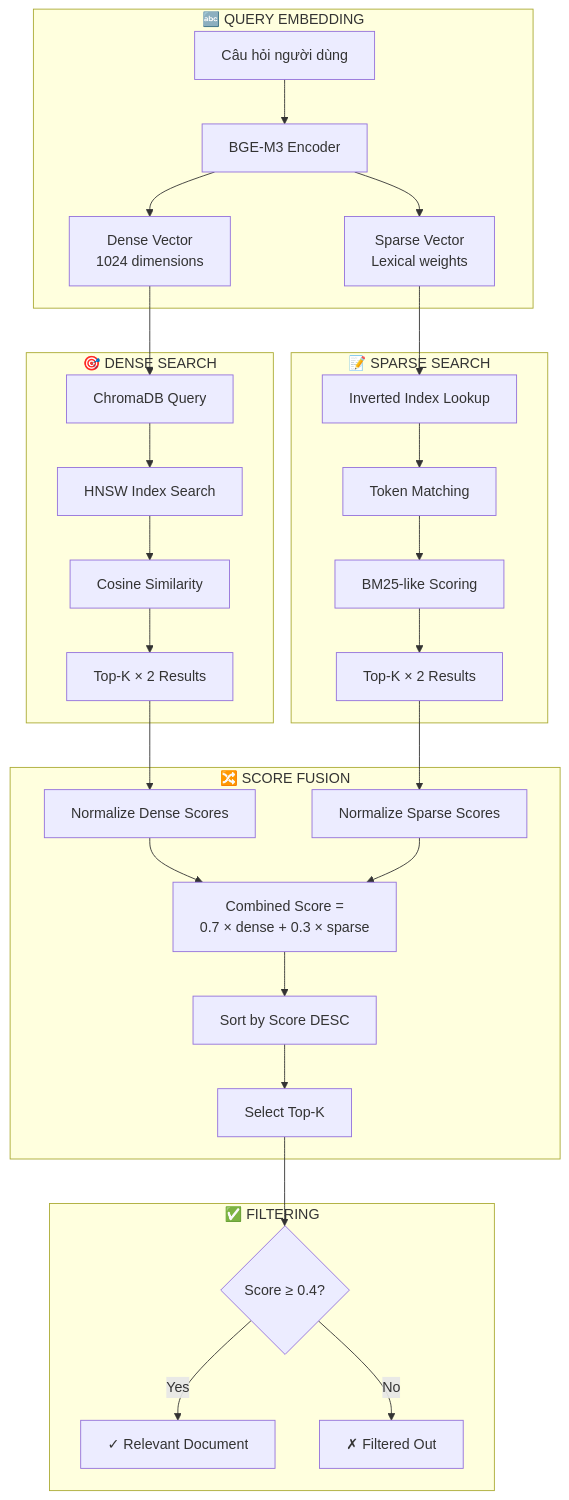
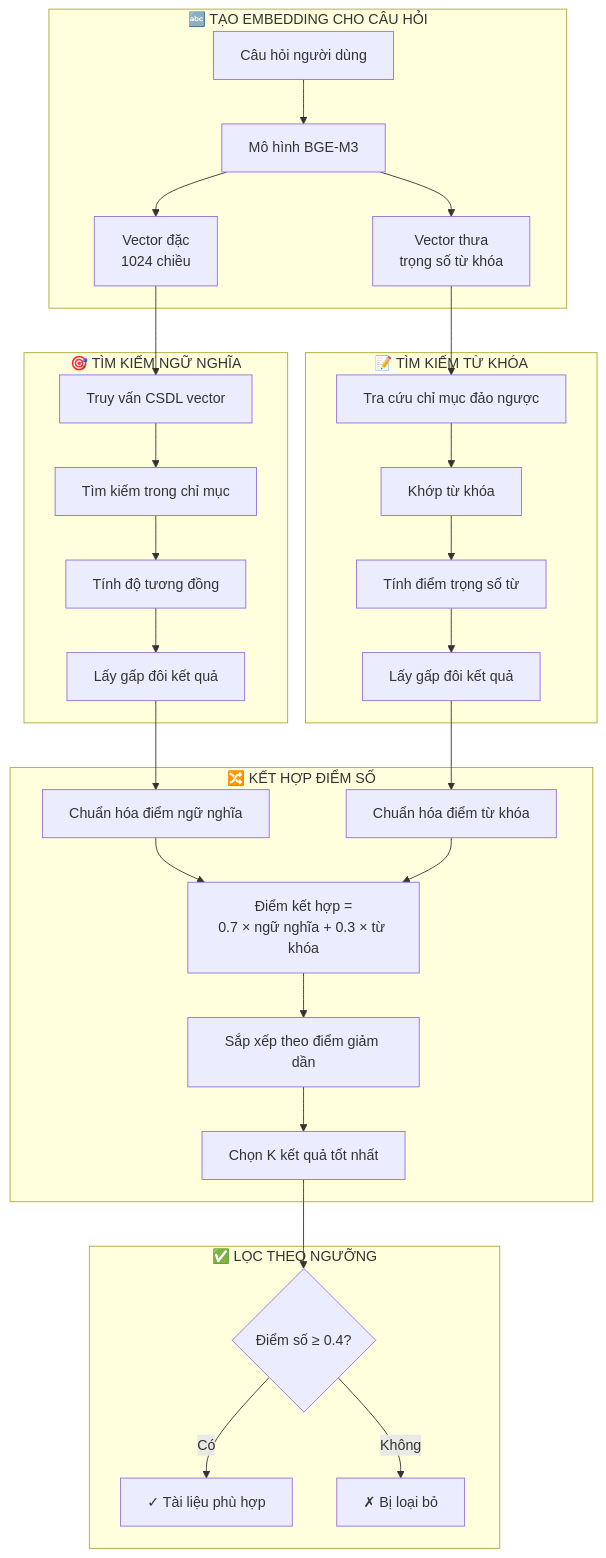
One commit to someone-in-somewhere/rag_prod_final changed the second of 4 diagrams in docs/qa_system_flowchart.md. Above: the diagram before and after it, drawn with Mermaid.

Commit message:
Chuyển thuật ngữ flowchart Retrieval sang tiếng Việt
- Đổi tên các subgraph và node sang tiếng Việt
- Cập nhật: Dense Search → Tìm kiếm ngữ nghĩa
- Cập nhật: Sparse Search → Tìm kiếm từ khóa
- Cập nhật các thuật ngữ kỹ thuật để dễ hiểu hơn

````diff
--- a/docs/qa_system_flowchart.md
+++ b/docs/qa_system_flowchart.md
@@ -170,37 +170,37 @@
 ```mermaid
 flowchart TD
-    subgraph Query["🔤 QUERY EMBEDDING"]
-        A[Câu hỏi người dùng] --> B[BGE-M3 Encoder]
-        B --> C[Dense Vector<br/>1024 dimensions]
-        B --> D[Sparse Vector<br/>Lexical weights]
+    subgraph Query["🔤 TẠO EMBEDDING CHO CÂU HỎI"]
+        A[Câu hỏi người dùng] --> B[Mô hình BGE-M3]
+        B --> C[Vector đặc<br/>1024 chiều]
+        B --> D[Vector thưa<br/>trọng số từ khóa]
     end
 
-    subgraph Dense["🎯 DENSE SEARCH"]
-        C --> E[ChromaDB Query]
-        E --> F[HNSW Index Search]
-        F --> G[Cosine Similarity]
-        G --> H[Top-K × 2 Results]
+    subgraph Dense["🎯 TÌM KIẾM NGỮ NGHĨA"]
+        C --> E[Truy vấn CSDL vector]
+        E --> F[Tìm kiếm trong chỉ mục]
+        F --> G[Tính độ tương đồng]
+        G --> H[Lấy gấp đôi kết quả]
     end
 
-    subgraph Sparse["📝 SPARSE SEARCH"]
-        D --> I[Inverted Index Lookup]
-        I --> J[Token Matching]
-        J --> K[BM25-like Scoring]
-        K --> L[Top-K × 2 Results]
+    subgraph Sparse["📝 TÌM KIẾM TỪ KHÓA"]
+        D --> I[Tra cứu chỉ mục đảo ngược]
+        I --> J[Khớp từ khóa]
+        J --> K[Tính điểm trọng số từ]
+        K --> L[Lấy gấp đôi kết quả]
     end
 
-    subgraph Fusion["🔀 SCORE FUSION"]
-        H --> M[Normalize Dense Scores]
-        L --> N[Normalize Sparse Scores]
-        M --> O[Combined Score =<br/>0.7 × dense + 0.3 × sparse]
+    subgraph Fusion["🔀 KẾT HỢP ĐIỂM SỐ"]
+        H --> M[Chuẩn hóa điểm ngữ nghĩa]
+        L --> N[Chuẩn hóa điểm từ khóa]
+        M --> O[Điểm kết hợp =<br/>0.7 × ngữ nghĩa + 0.3 × từ khóa]
         N --> O
-        O --> P[Sort by Score DESC]
-        P --> Q[Select Top-K]
+        O --> P[Sắp xếp theo điểm giảm dần]
+        P --> Q[Chọn K kết quả tốt nhất]
     end
 
-    subgraph Filter["✅ FILTERING"]
-        Q --> R{Score ≥ 0.4?}
-        R -->|Yes| S[✓ Relevant Document]
-        R -->|No| T[✗ Filtered Out]
+    subgraph Filter["✅ LỌC THEO NGƯỠNG"]
+        Q --> R{Điểm số ≥ 0.4?}
+        R -->|Có| S[✓ Tài liệu phù hợp]
+        R -->|Không| T[✗ Bị loại bỏ]
     end
 ```
````
